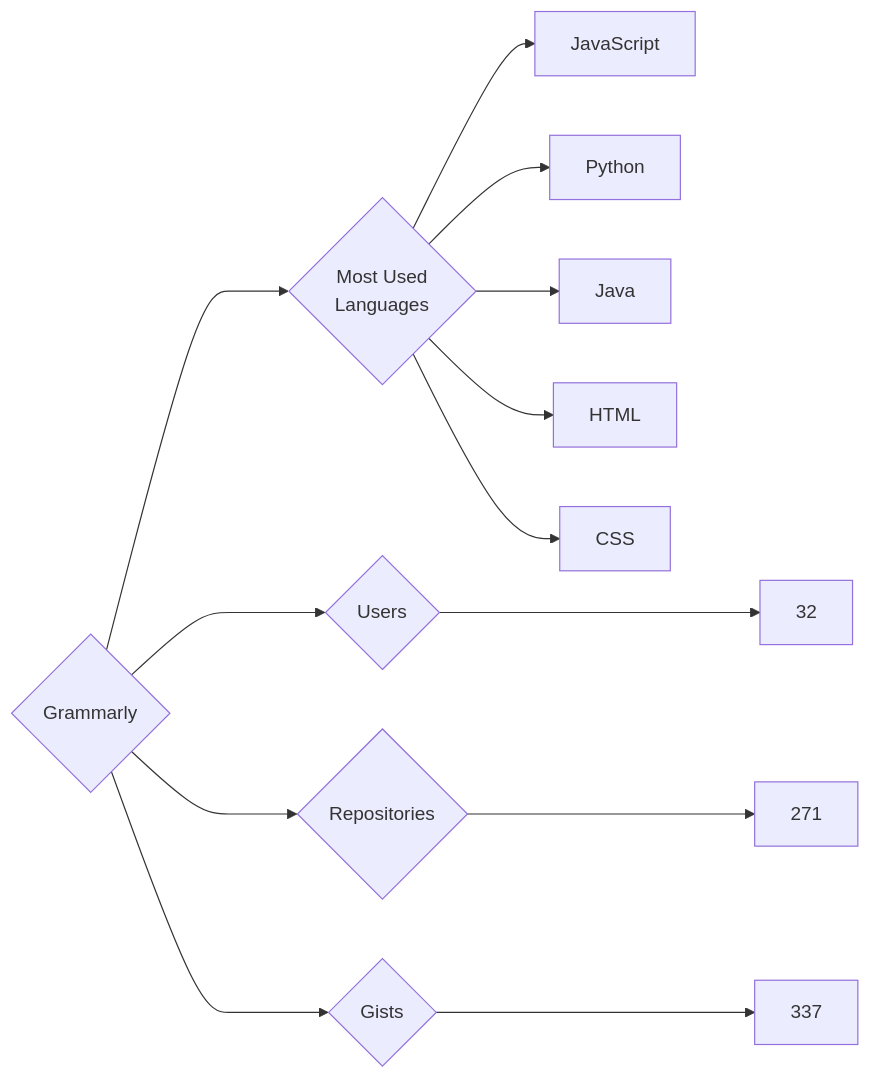
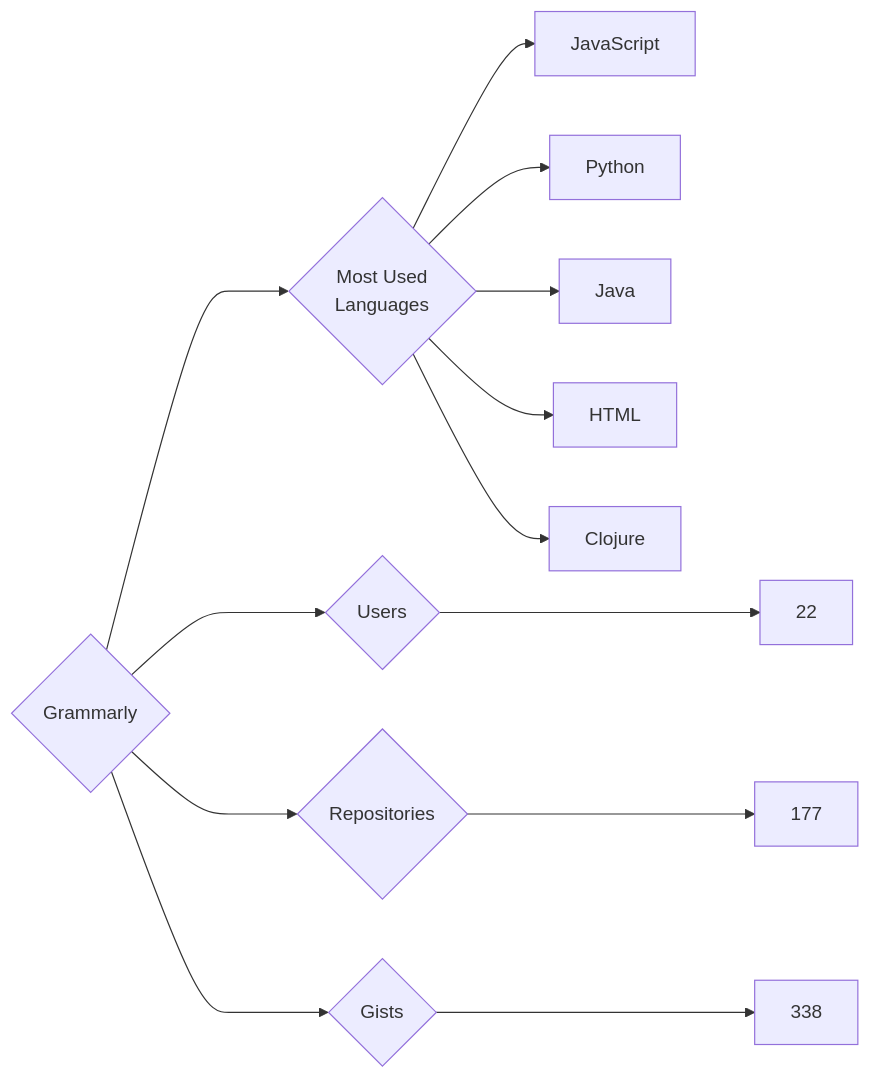
One commit to trickest/insiders changed the diagram in targets/Grammarly/README.md. Above: the diagram before and after it, drawn with Mermaid. The commit also changed 965 other files, not shown here.

````diff
--- a/targets/Grammarly/README.md
+++ b/targets/Grammarly/README.md
@@ -3,13 +3,13 @@
 ```mermaid
 graph LR
 COMPANY_NAME{Grammarly}
-COMPANY_NAME ---> U{Users} ---> UN[32]
-COMPANY_NAME ---> R{Repositories} ---> RN[271]
-COMPANY_NAME ---> G{Gists} ---> GN[337]
+COMPANY_NAME ---> U{Users} ---> UN[22]
+COMPANY_NAME ---> R{Repositories} ---> RN[177]
+COMPANY_NAME ---> G{Gists} ---> GN[338]
 COMPANY_NAME ---> ML{Most Used<br>Languages}
 ML --> JavaScript[JavaScript]
 ML --> Python[Python]
 ML --> Java[Java]
 ML --> HTML[HTML]
-ML --> CSS[CSS]
+ML --> Clojure[Clojure]
 ```
````
